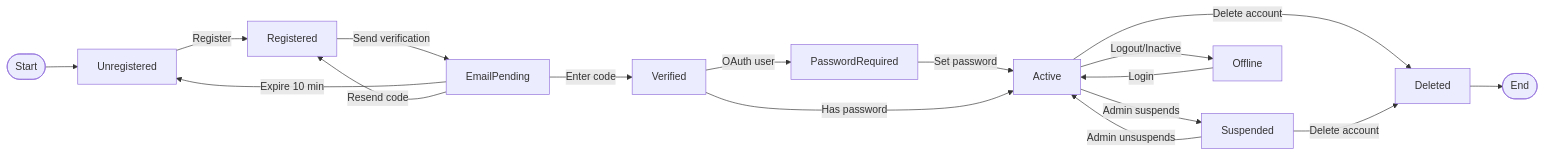
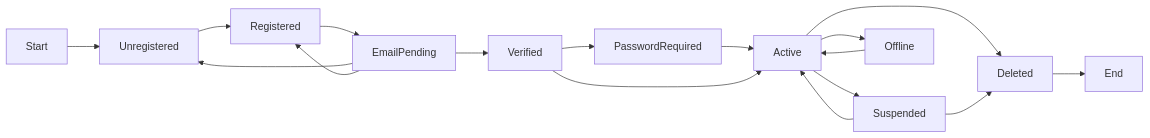
Diagram 17 of 29 in UML.md (vd120/laravel_project), drawn with Mermaid before and after one commit. The commit also changed other lines of this file, not shown here.

````diff
--- a/UML.md
+++ b/UML.md
@@ -1066,19 +1060,19 @@
 ```mermaid
 flowchart LR
-    A([Start]) --> B[Unregistered]
-    B -->|Register| C[Registered]
-    C -->|Send verification| D[EmailPending]
-    D -->|Enter code| E[Verified]
-    D -->|Expire 10 min| B
-    D -->|Resend code| C
-    E -->|OAuth user| F[PasswordRequired]
-    F -->|Set password| G[Active]
-    E -->|Has password| G
-    G -->|Admin suspends| H[Suspended]
-    H -->|Admin unsuspends| G
-    G -->|Logout/Inactive| I[Offline]
-    I -->|Login| G
-    G -->|Delete account| J[Deleted]
-    H -->|Delete account| J
-    J --> K([End])
+    A[Start] --> B[Unregistered]
+    B --> C[Registered]
+    C --> D[EmailPending]
+    D --> E[Verified]
+    D --> B
+    D --> C
+    E --> F[PasswordRequired]
+    F --> G[Active]
+    E --> G
+    G --> H[Suspended]
+    H --> G
+    G --> I[Offline]
+    I --> G
+    G --> J[Deleted]
+    H --> J
+    J --> K[End]
 ```
````
